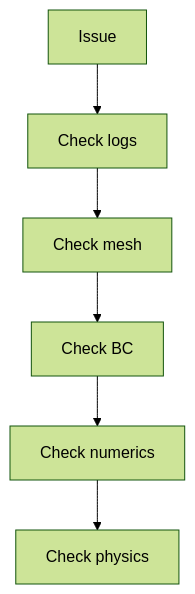
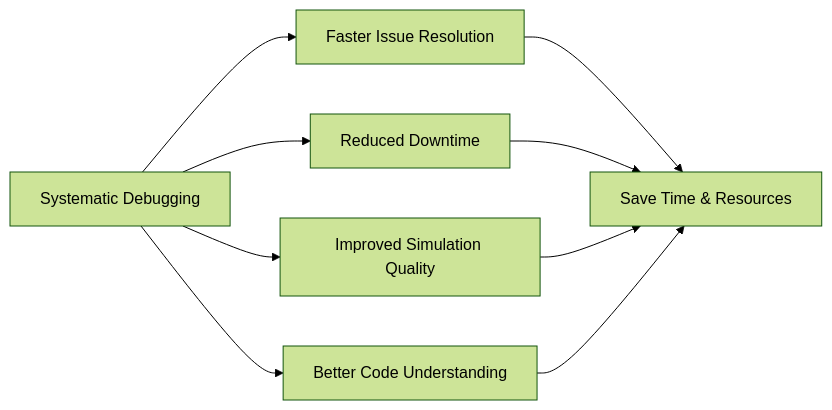
The first of 5 diagrams in MODULE_08_TESTING_VALIDATION/CONTENT/05_QA_AUTOMATION_PROFILING/03_Debugging_Troubleshooting.md (wramet/build-my-cfd), drawn with Mermaid (forest theme) before and after one commit. The commit also changed other lines of this file and 203 other files, not shown here.

````diff
--- a/MODULE_08_TESTING_VALIDATION/CONTENT/05_QA_AUTOMATION_PROFILING/03_Debugging_Troubleshooting.md
+++ b/MODULE_08_TESTING_VALIDATION/CONTENT/05_QA_AUTOMATION_PROFILING/03_Debugging_Troubleshooting.md
@@ -26,8 +35,12 @@
 ```mermaid
-flowchart TD
-    A[Issue] --> B[Check logs]
-    B --> C[Check mesh]
-    C --> D[Check BC]
-    D --> E[Check numerics]
-    E --> F[Check physics]
+flowchart LR
+    A[Systematic Debugging] --> B[Faster Issue Resolution]
+    A --> C[Reduced Downtime]
+    A --> D[Improved Simulation Quality]
+    A --> E[Better Code Understanding]
+    
+    B --> F[Save Time & Resources]
+    C --> F
+    D --> F
+    E --> F
 ```
````
